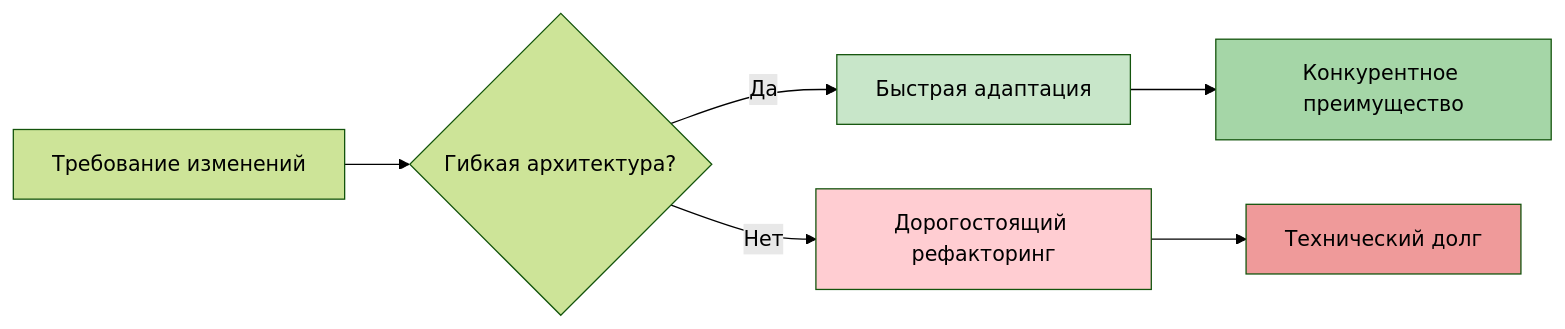
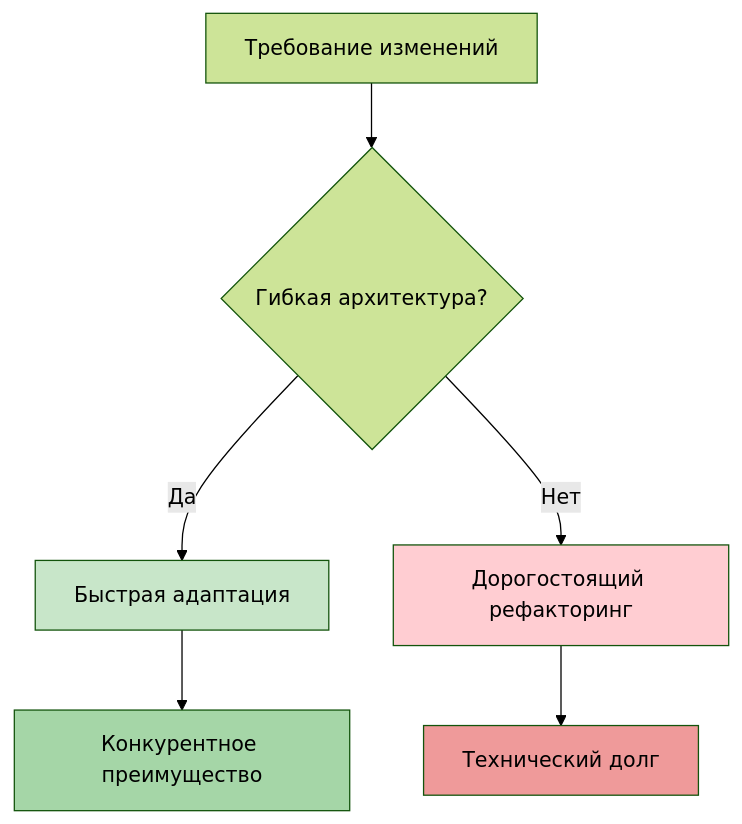
Before and after one commit to Erofivan/ITMO-Lecture-Notes: the second of 12 diagrams in Oop/3_basic_design_principles/notes.md, drawn with Mermaid (forest theme). The commit also changed other lines of this file, not shown here.

````diff
--- a/Oop/3_basic_design_principles/notes.md
+++ b/Oop/3_basic_design_principles/notes.md
@@ -82,14 +99,14 @@
 ```mermaid
-graph LR
+graph TD
     A[Требование изменений] --> B{Гибкая архитектура?}
     B -->|Да| C[Быстрая адаптация]
     B -->|Нет| D[Дорогостоящий рефакторинг]
     
     C --> E[Конкурентное преимущество]
     D --> F[Технический долг]
     
     style C fill:#c8e6c9
     style D fill:#ffcdd2
     style E fill:#a5d6a7
     style F fill:#ef9a9a
 ```
````
